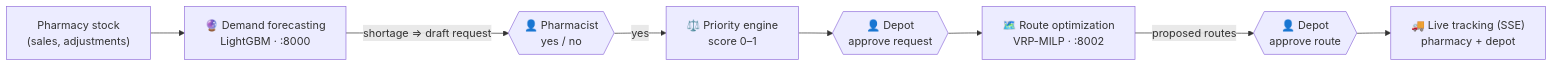
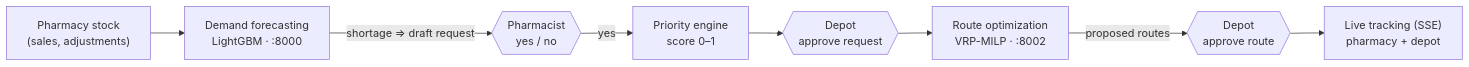
Before and after one commit to Omar-Amaraa/stockcare: the diagram in README.md, drawn with Mermaid. The commit also changed other lines of this file, not shown here.

````diff
--- a/README.md
+++ b/README.md
@@ -64,10 +72,10 @@
 ```mermaid
 flowchart LR
-    STOCK["Pharmacy stock<br/>(sales, adjustments)"] --> F["🔮 Demand forecasting<br/>LightGBM · :8000"]
-    F -->|"shortage ⇒ draft request"| PH{{"👤 Pharmacist<br/>yes / no"}}
-    PH -->|yes| P["⚖️ Priority engine<br/>score 0–1"]
-    P --> DEP{{"👤 Depot<br/>approve request"}}
-    DEP --> R["🗺️ Route optimization<br/>VRP-MILP · :8002"]
-    R -->|"proposed routes"| DEP2{{"👤 Depot<br/>approve route"}}
-    DEP2 --> T["🚚 Live tracking (SSE)<br/>pharmacy + depot"]
+    STOCK["Pharmacy stock<br/>(sales, adjustments)"] --> F["Demand forecasting<br/>LightGBM · :8000"]
+    F -->|"shortage ⇒ draft request"| PH{{"Pharmacist<br/>yes / no"}}
+    PH -->|yes| P["Priority engine<br/>score 0–1"]
+    P --> DEP{{"Depot<br/>approve request"}}
+    DEP --> R["Route optimization<br/>VRP-MILP · :8002"]
+    R -->|"proposed routes"| DEP2{{"Depot<br/>approve route"}}
+    DEP2 --> T["Live tracking (SSE)<br/>pharmacy + depot"]
 ```
````
